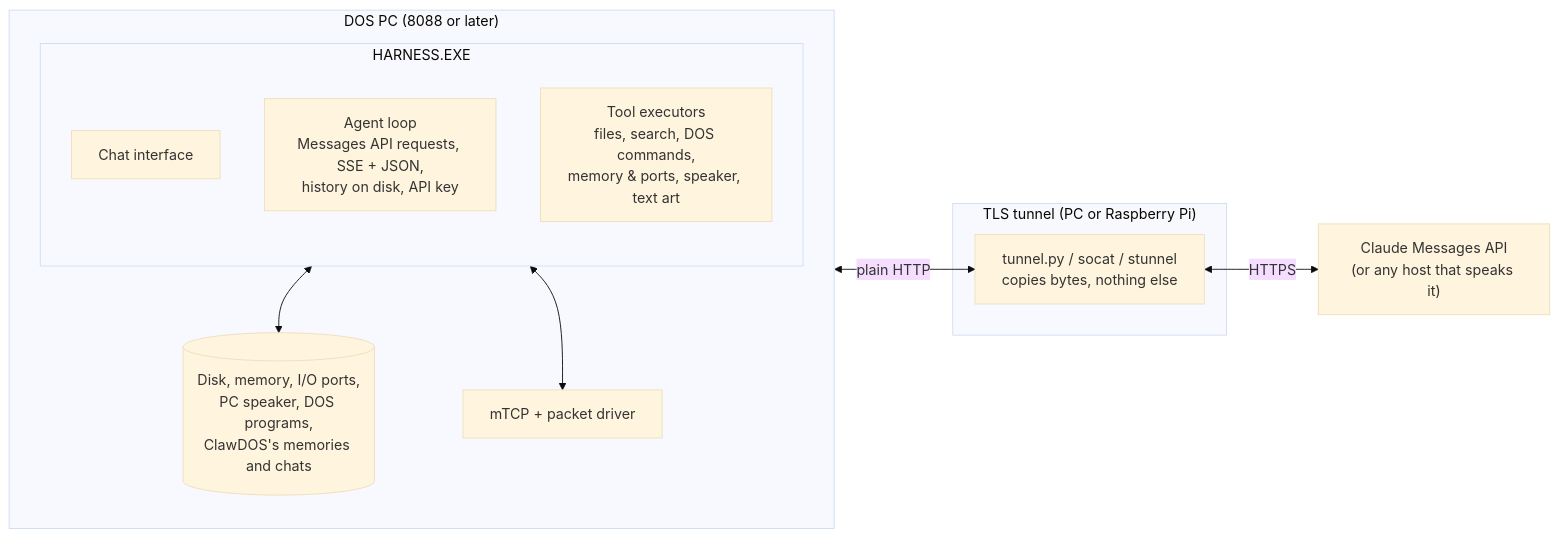
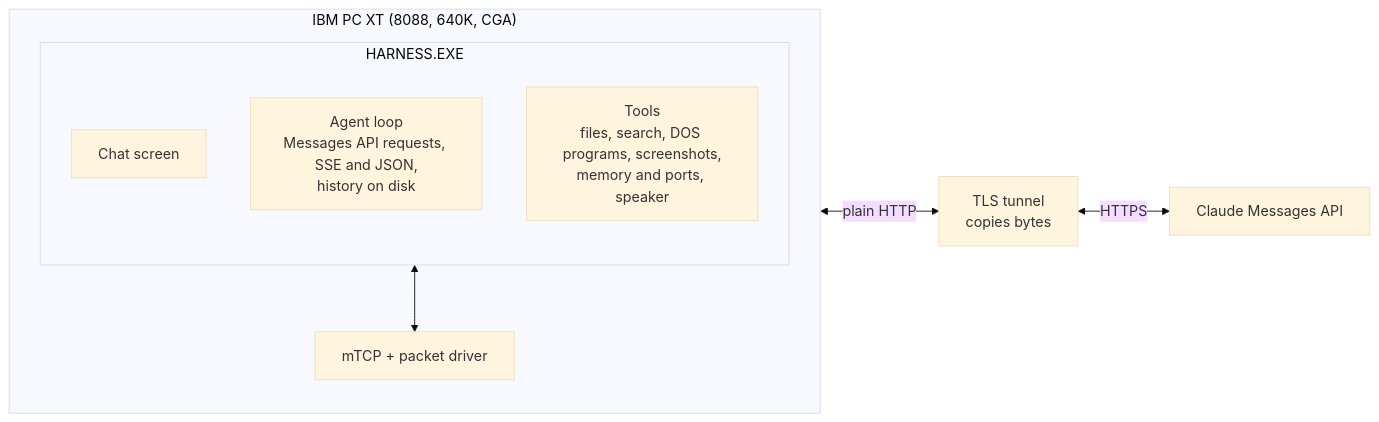
Before and after one commit to Ricapar/ClawDOS: the diagram in README.md, drawn with Mermaid (base theme). The commit also changed other lines of this file and 16 other files, not shown here.

````diff
--- a/README.md
+++ b/README.md
@@ -51,25 +153,20 @@
 ```mermaid
 flowchart LR
-    subgraph DOS["DOS PC (8088 or later)"]
+    subgraph DOS["IBM PC XT (8088, 640K, CGA)"]
         direction TB
         subgraph APP["HARNESS.EXE"]
             direction TB
-            UI["Chat interface"]
-            LOOP["Agent loop<br/>Messages API requests, SSE + JSON,<br/>history on disk, API key"]
-            TOOLS["Tool executors<br/>files, search, DOS commands,<br/>memory &amp; ports, speaker, text art"]
+            UI["Chat screen"]
+            LOOP["Agent loop<br/>Messages API requests, SSE and JSON,<br/>history on disk"]
+            TOOLS["Tools<br/>files, search, DOS programs, screenshots,<br/>memory and ports, speaker"]
         end
-        SYS[("Disk, memory, I/O ports,<br/>PC speaker, DOS programs,<br/>ClawDOS's memories and chats")]
         NET["mTCP + packet driver"]
-        TOOLS <--> SYS
         APP <--> NET
     end
 
-    subgraph SHIM["TLS tunnel (PC or Raspberry Pi)"]
-        TUNNEL["tunnel.py / socat / stunnel<br/>copies bytes, nothing else"]
-    end
-
-    API["Claude Messages API<br/>(or any host that speaks it)"]
+    TUNNEL["TLS tunnel<br/>copies bytes"]
+    API["Claude Messages API"]
 
     NET <-->|"plain HTTP"| TUNNEL
     TUNNEL <-->|"HTTPS"| API
 ```
````
